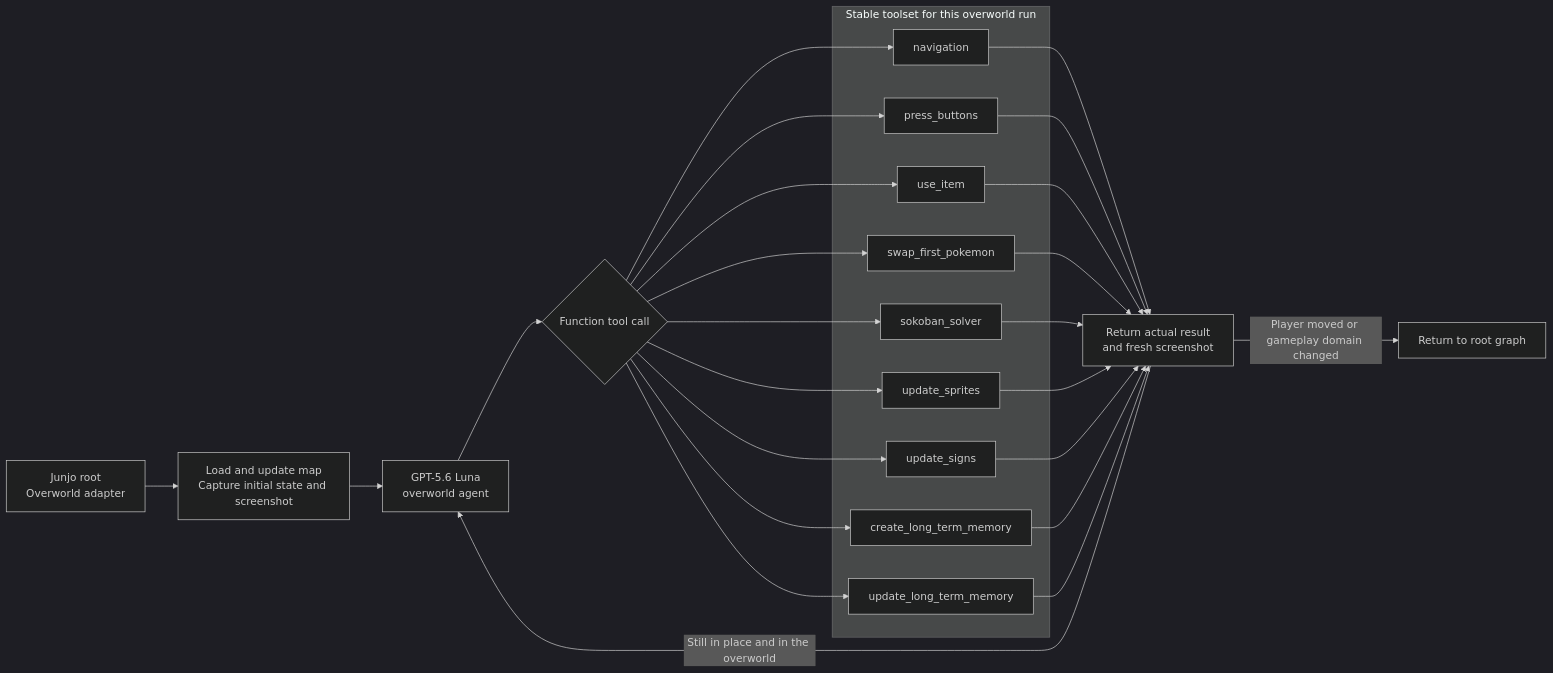
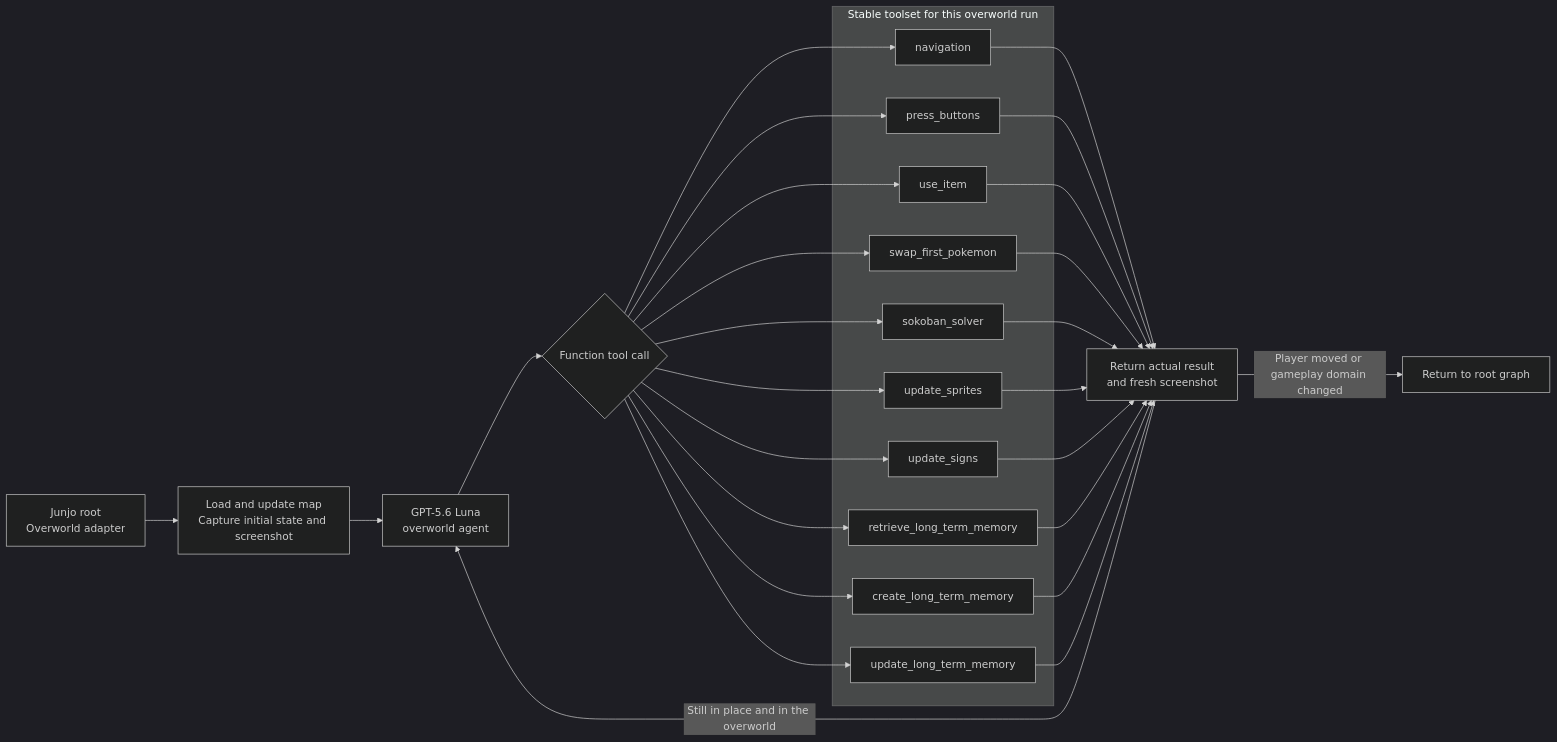
The first of 3 diagrams in docs/workflow.md (clambro/ai-plays-pokemon), drawn with Mermaid (dark theme) before and after one commit. The commit also changed other lines of this file and 25 other files, not shown here.

First line of the commit message:
Move long-term memory retrieval into overworld agent

````diff
--- a/docs/workflow.md
+++ b/docs/workflow.md
@@ -44,41 +36,44 @@
 ```mermaid
 flowchart LR
     root["Junjo root<br/>Overworld adapter"] --> prepare["Load and update map<br/>Capture initial state and screenshot"]
     prepare --> agent["GPT-5.6 Luna<br/>overworld agent"]
     agent --> choice{"Function tool call"}
 
     subgraph toolset["Stable toolset for this overworld run"]
         navigate["navigation"]
         buttons["press_buttons"]
         item["use_item"]
         swap["swap_first_pokemon"]
         sokoban["sokoban_solver"]
         sprites["update_sprites"]
         signs["update_signs"]
+        retrieve_memory["retrieve_long_term_memory"]
         create_memory["create_long_term_memory"]
         update_memory["update_long_term_memory"]
     end
 
     choice --> navigate
     choice --> buttons
     choice --> item
     choice --> swap
     choice --> sokoban
     choice --> sprites
     choice --> signs
+    choice --> retrieve_memory
     choice --> create_memory
     choice --> update_memory
 
     navigate --> observe["Return actual result<br/>and fresh screenshot"]
     buttons --> observe
     item --> observe
     swap --> observe
     sokoban --> observe
     sprites --> observe
     signs --> observe
+    retrieve_memory --> observe
     create_memory --> observe
     update_memory --> observe
 
     observe -->|"Still in place and in the overworld"| agent
     observe -->|"Player moved or gameplay domain changed"| finish["Return to root graph"]
 ```
````
